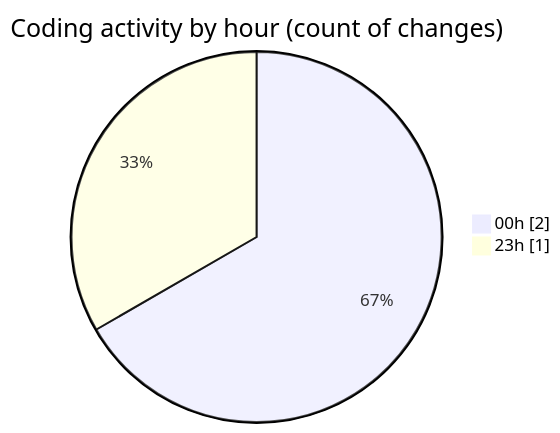
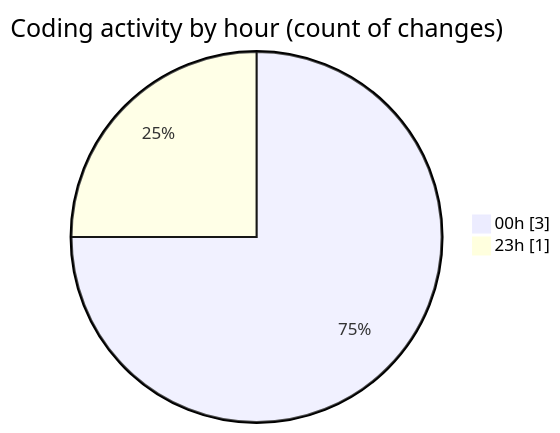
One commit to tmsrecording-cyber/code-tracking changed the second of 2 diagrams in 2026-02-09/singularitybrainai/README.md. Above: the diagram before and after it, drawn with Mermaid. The commit also changed other lines of this file and 1 other file, not shown here.

````diff
--- a/2026-02-09/singularitybrainai/README.md
+++ b/2026-02-09/singularitybrainai/README.md
@@ -28,6 +28,6 @@
 ```mermaid
 pie showData
 title Coding activity by hour (count of changes)
-"00h" : 2
+"00h" : 3
 "23h" : 1
 ```
````
